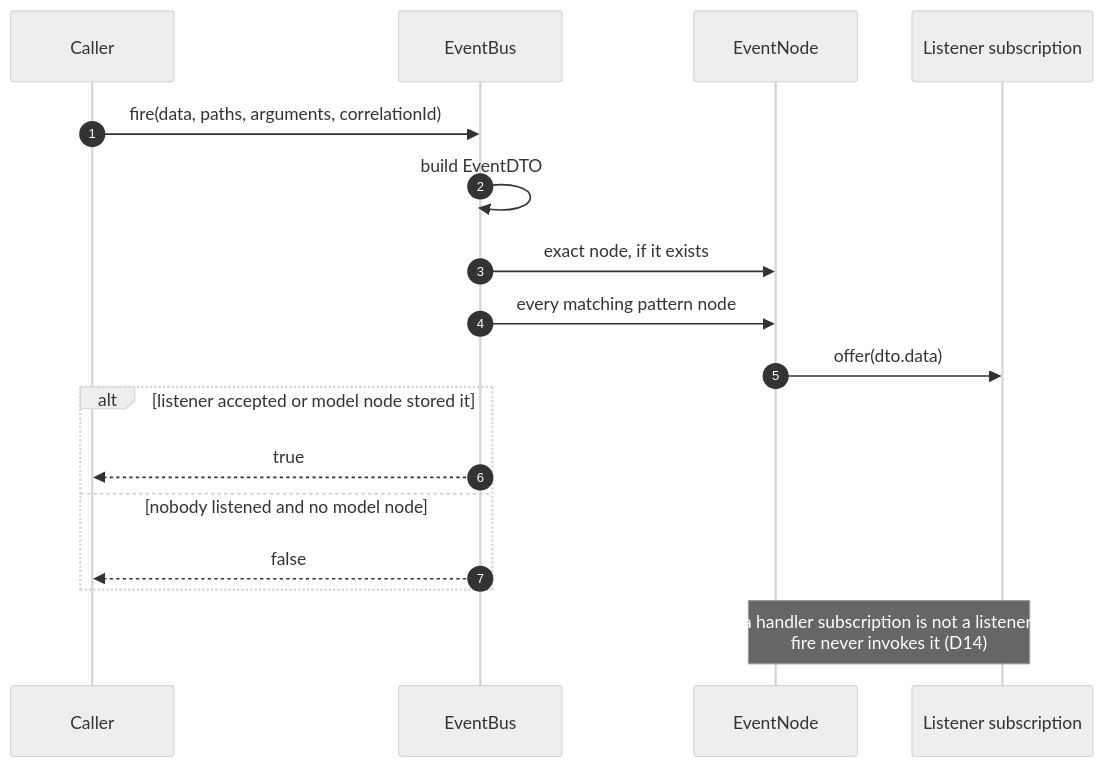
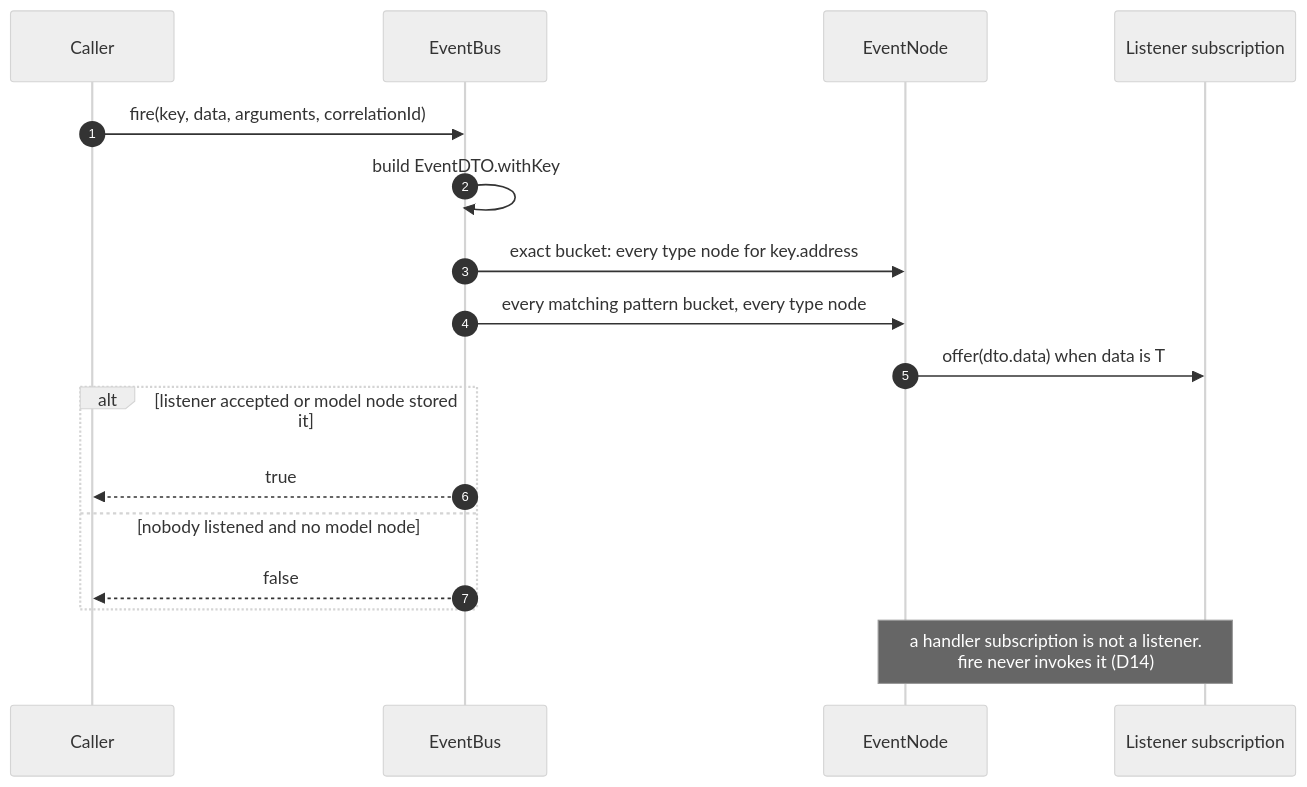
Before and after one commit to Avataromvatar/event_bus_arch: the first of 4 diagrams in doc/01-architecture.md, drawn with Mermaid (neutral theme). The commit also changed other lines of this file and 80 other files, not shown here.

````diff
--- a/doc/01-architecture.md
+++ b/doc/01-architecture.md
@@ -36,20 +38,20 @@
 ```mermaid
 sequenceDiagram
     autonumber
     participant C as Caller
     participant B as EventBus
     participant N as EventNode
     participant S as Listener subscription
 
-    C->>B: fire(data, paths, arguments, correlationId)
-    B->>B: build EventDTO
-    B->>N: exact node, if it exists
-    B->>N: every matching pattern node
-    N->>S: offer(dto.data)
+    C->>B: fire(key, data, arguments, correlationId)
+    B->>B: build EventDTO.withKey
+    B->>N: exact bucket: every type node for key.address
+    B->>N: every matching pattern bucket, every type node
+    N->>S: offer(dto.data) when data is T
     alt listener accepted or model node stored it
         B-->>C: true
     else nobody listened and no model node
         B-->>C: false
     end
     Note over N,S: a handler subscription is not a listener.<br/>fire never invokes it (D14)
 ```
````
